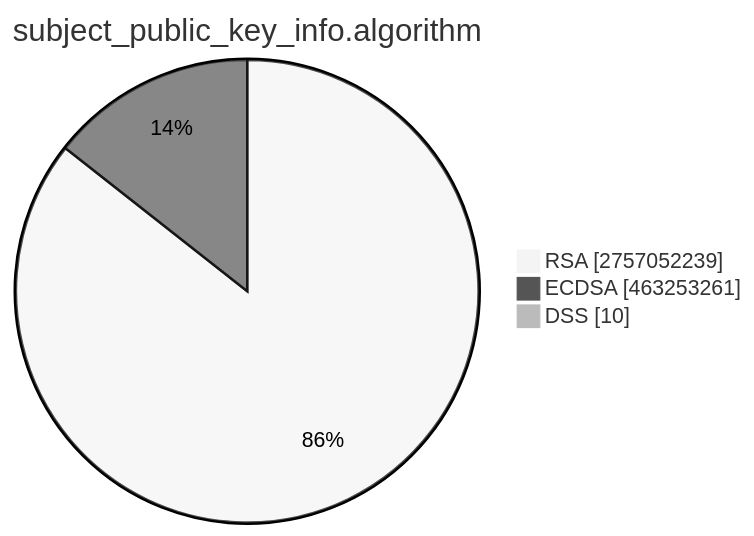
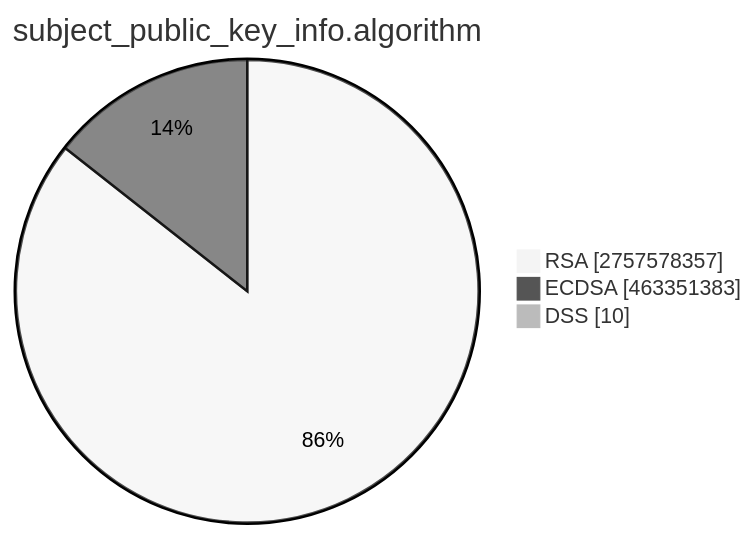
Before and after one commit to christiankrug/ctmonitor_visualization: the second of 15 diagrams in TOTAL/README.md, drawn with Mermaid (neutral theme). The commit also changed other lines of this file, not shown here.

````diff
--- a/TOTAL/README.md
+++ b/TOTAL/README.md
@@ -6,7 +6,7 @@
 ```mermaid
 pie showData
 title subject_public_key_info.algorithm
-"RSA" :2757052239
-"ECDSA" :463253261
+"RSA" :2757578357
+"ECDSA" :463351383
 "DSS" :10
 ```
````
